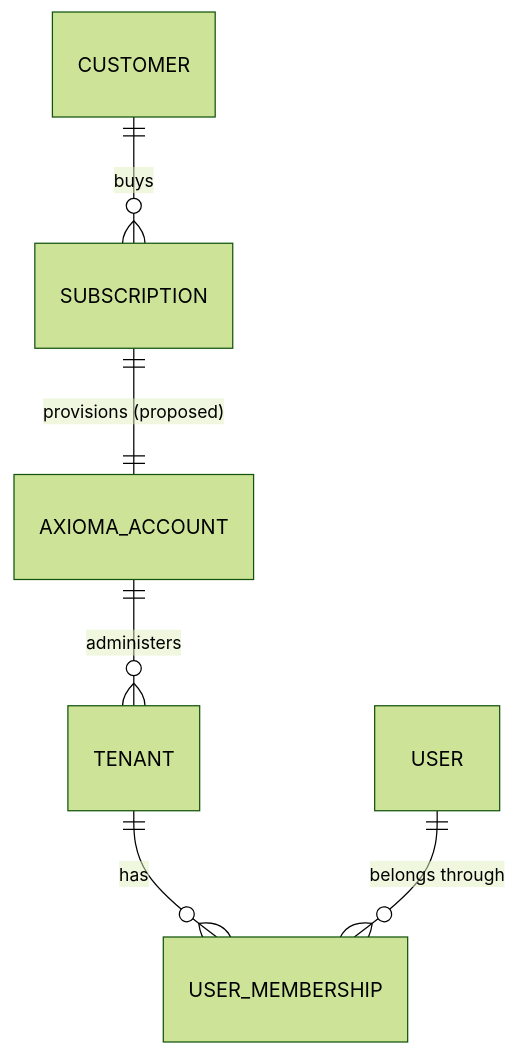
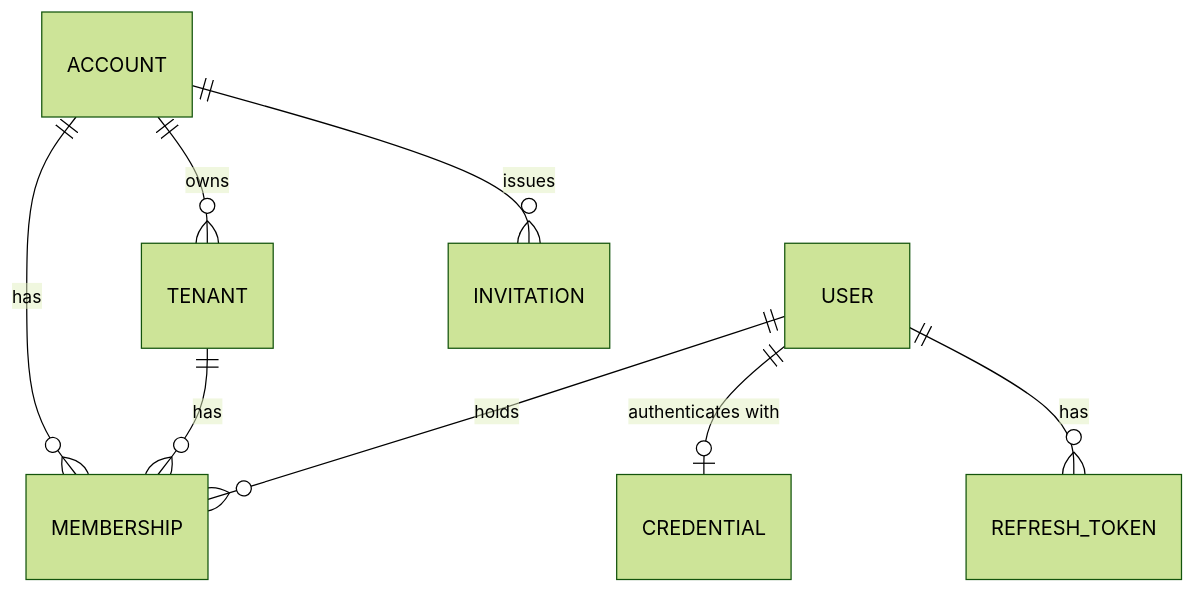
One commit to lxcancino/go-play changed the diagram in docs/domain/axioma-account-service.md. Above: the diagram before and after it, drawn with Mermaid (forest theme). The commit also changed other lines of this file and 1 other file, not shown here.

First line of the commit message:
docs: record Axioma account object model decisions

````diff
--- a/docs/domain/axioma-account-service.md
+++ b/docs/domain/axioma-account-service.md
@@ -32,8 +52,10 @@
 ```mermaid
 erDiagram
-    CUSTOMER ||--o{ SUBSCRIPTION : buys
-    SUBSCRIPTION ||--|| AXIOMA_ACCOUNT : "provisions (proposed)"
-    AXIOMA_ACCOUNT ||--o{ TENANT : administers
-    TENANT ||--o{ USER_MEMBERSHIP : has
-    USER ||--o{ USER_MEMBERSHIP : "belongs through"
+    ACCOUNT ||--o{ TENANT : owns
+    ACCOUNT ||--o{ MEMBERSHIP : has
+    TENANT ||--o{ MEMBERSHIP : has
+    USER ||--o{ MEMBERSHIP : holds
+    USER ||--o| CREDENTIAL : "authenticates with"
+    USER ||--o{ REFRESH_TOKEN : has
+    ACCOUNT ||--o{ INVITATION : issues
 ```
````
